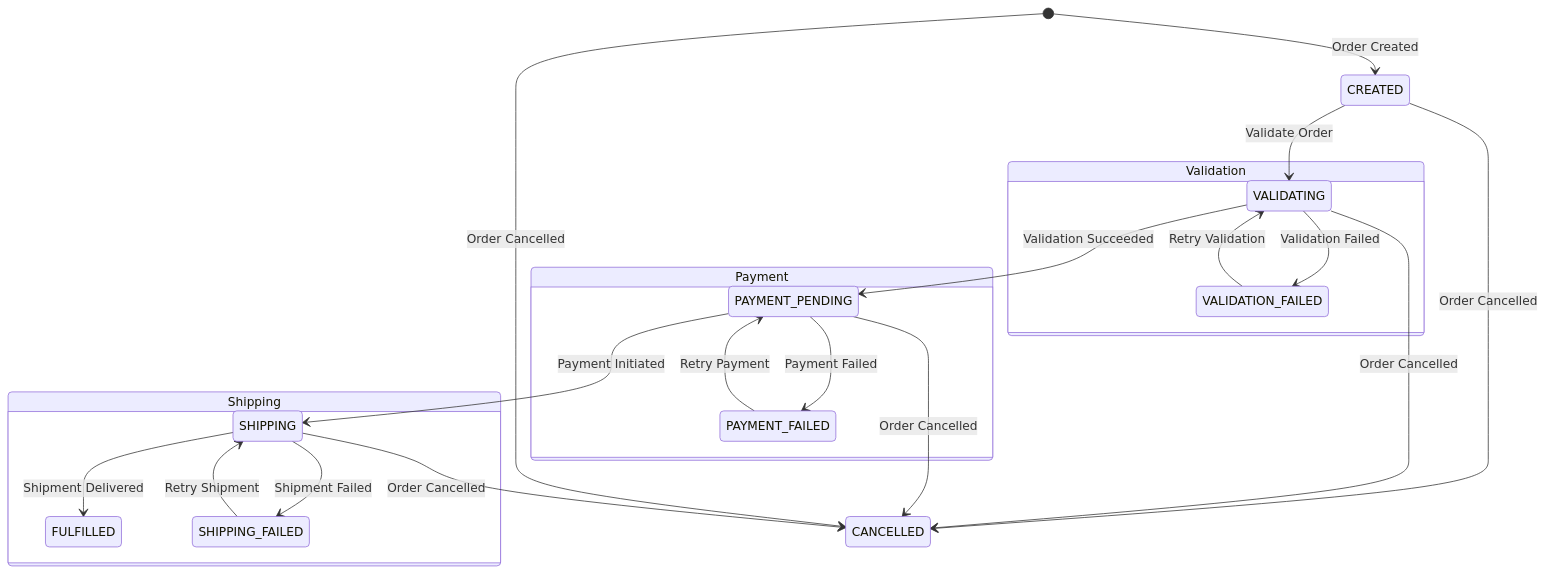
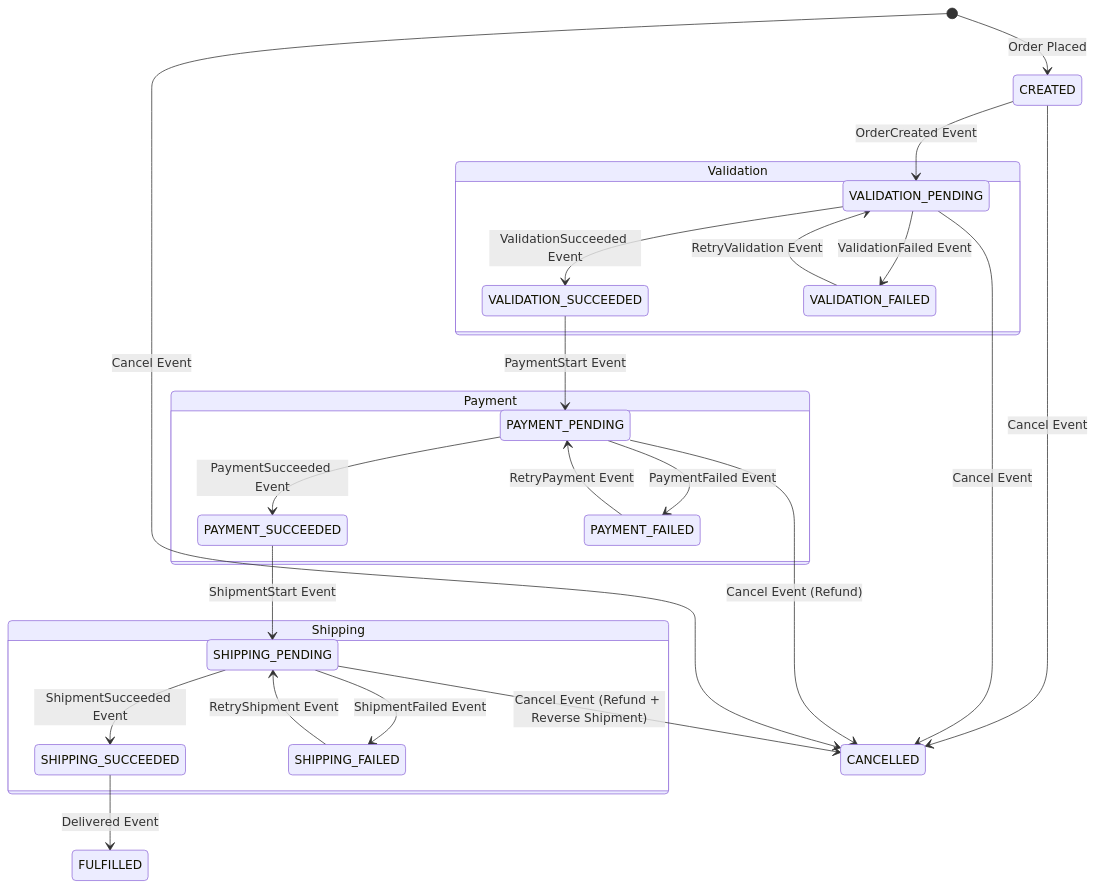
Before and after one commit to puitiza/ecommerce: the diagram in config/docs/order-state-machine.md, drawn with Mermaid. The commit also changed other lines of this file and 2 other files, not shown here.

````diff
--- a/config/docs/order-state-machine.md
+++ b/config/docs/order-state-machine.md
@@ -18,25 +25,28 @@
 ```mermaid
 stateDiagram-v2
-    [*] --> CREATED: Order Created
-    CREATED --> VALIDATING: Validate Order
+    [*] --> CREATED: Order Placed
+    CREATED --> VALIDATION_PENDING: OrderCreated Event
     state Validation {
-        VALIDATING --> PAYMENT_PENDING: Validation Succeeded
-        VALIDATING --> VALIDATION_FAILED: Validation Failed
-        VALIDATION_FAILED --> VALIDATING: Retry Validation
+        VALIDATION_PENDING --> VALIDATION_SUCCEEDED: ValidationSucceeded Event
+        VALIDATION_PENDING --> VALIDATION_FAILED: ValidationFailed Event
+        VALIDATION_FAILED --> VALIDATION_PENDING: RetryValidation Event
     }
+    VALIDATION_SUCCEEDED --> PAYMENT_PENDING: PaymentStart Event
     state Payment {
-        PAYMENT_PENDING --> SHIPPING: Payment Initiated
-        PAYMENT_PENDING --> PAYMENT_FAILED: Payment Failed
-        PAYMENT_FAILED --> PAYMENT_PENDING: Retry Payment
+        PAYMENT_PENDING --> PAYMENT_SUCCEEDED: PaymentSucceeded Event
+        PAYMENT_PENDING --> PAYMENT_FAILED: PaymentFailed Event
+        PAYMENT_FAILED --> PAYMENT_PENDING: RetryPayment Event
     }
+    PAYMENT_SUCCEEDED --> SHIPPING_PENDING: ShipmentStart Event
     state Shipping {
-        SHIPPING --> FULFILLED: Shipment Delivered
-        SHIPPING --> SHIPPING_FAILED: Shipment Failed
-        SHIPPING_FAILED --> SHIPPING: Retry Shipment
+        SHIPPING_PENDING --> SHIPPING_SUCCEEDED: ShipmentSucceeded Event
+        SHIPPING_PENDING --> SHIPPING_FAILED: ShipmentFailed Event
+        SHIPPING_FAILED --> SHIPPING_PENDING: RetryShipment Event
     }
-    CREATED --> CANCELLED: Order Cancelled
-    VALIDATING --> CANCELLED: Order Cancelled
-    PAYMENT_PENDING --> CANCELLED: Order Cancelled
-    SHIPPING --> CANCELLED: Order Cancelled
-    [*] --> CANCELLED: Order Cancelled
+    SHIPPING_SUCCEEDED --> FULFILLED: Delivered Event
+    CREATED --> CANCELLED: Cancel Event
+    VALIDATION_PENDING --> CANCELLED: Cancel Event
+    PAYMENT_PENDING --> CANCELLED: Cancel Event (Refund)
+    SHIPPING_PENDING --> CANCELLED: Cancel Event (Refund + Reverse Shipment)
+    [*] --> CANCELLED: Cancel Event
 ```
````
